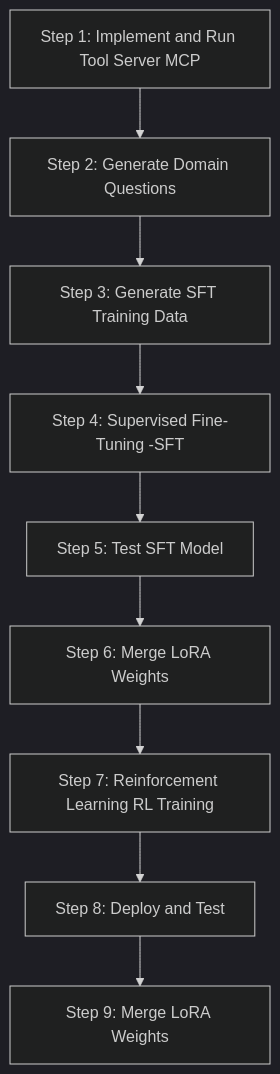
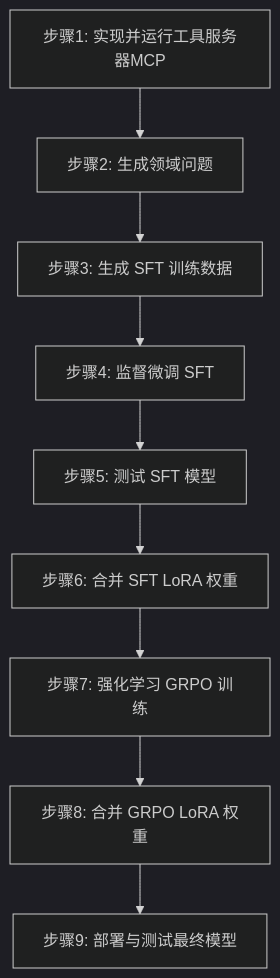
Before and after one commit to johnson7788/EasyTrainAgent: the diagram in README.md, drawn with Mermaid (dark theme). The commit also changed other lines of this file and 1 other file, not shown here.

````diff
--- a/README.md
+++ b/README.md
@@ -34,11 +67,11 @@
 ```mermaid
 flowchart TD
-    A[Step 1: Implement and Run Tool Server MCP] --> B[Step 2: Generate Domain Questions]
-    B --> C[Step 3: Generate SFT Training Data]
-    C --> D[Step 4: Supervised Fine-Tuning -SFT]
-    D --> E[Step 5: Test SFT Model]
-    E --> G[Step 6: Merge LoRA Weights]
-    G --> H[Step 7: Reinforcement Learning RL Training]
-    H --> I[Step 8: Deploy and Test]
-    I --> J[Step 9: Merge LoRA Weights]
+    A[步骤1: 实现并运行工具服务器MCP] --> B[步骤2: 生成领域问题]
+    B --> C[步骤3: 生成 SFT 训练数据]
+    C --> D[步骤4: 监督微调 SFT]
+    D --> E[步骤5: 测试 SFT 模型]
+    E --> F[步骤6: 合并 SFT LoRA 权重]
+    F --> G[步骤7: 强化学习 GRPO 训练]
+    G --> H[步骤8: 合并 GRPO LoRA 权重]
+    H --> I[步骤9: 部署与测试最终模型]
 ```
````
